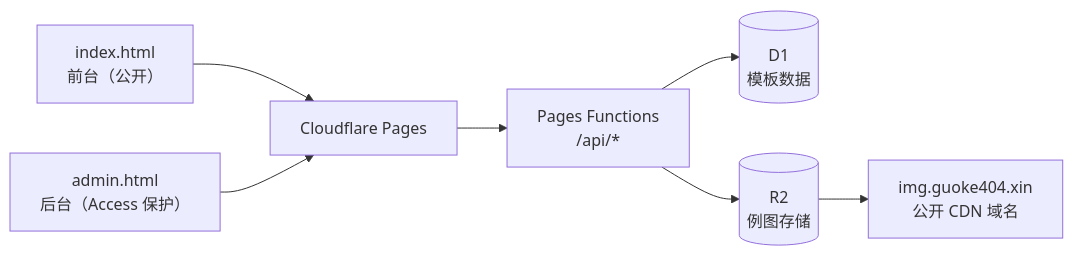
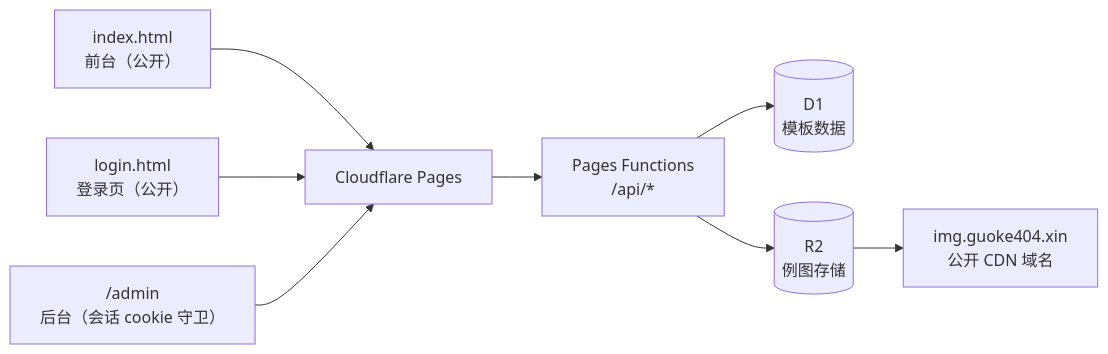
One commit to Kyler404/Prompt changed the diagram in README.md. Above: the diagram before and after it, drawn with Mermaid. The commit also changed other lines of this file and 14 other files, not shown here.

````diff
--- a/README.md
+++ b/README.md
@@ -69,9 +70,10 @@
 ```mermaid
 flowchart LR
   A["index.html<br/>前台（公开）"] --> P["Cloudflare Pages"]
-  B["admin.html<br/>后台（Access 保护）"] --> P
+  L["login.html<br/>登录页（公开）"] --> P
+  B["/admin<br/>后台（会话 cookie 守卫）"] --> P
   P --> F["Pages Functions<br/>/api/*"]
   F --> D[("D1<br/>模板数据")]
   F --> R[("R2<br/>例图存储")]
   R --> C["img.guoke404.xin<br/>公开 CDN 域名"]
 ```
````
